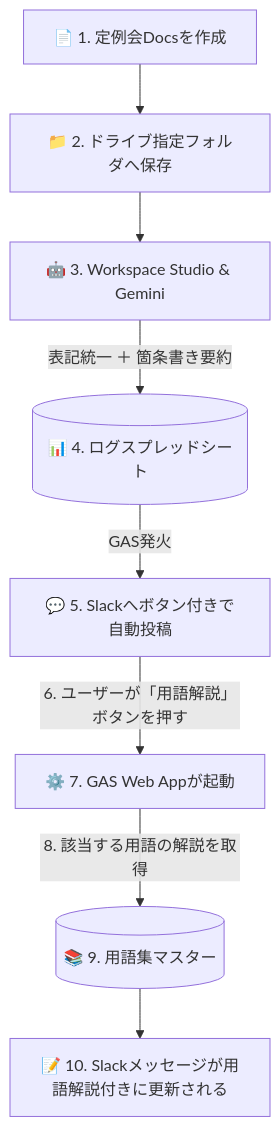
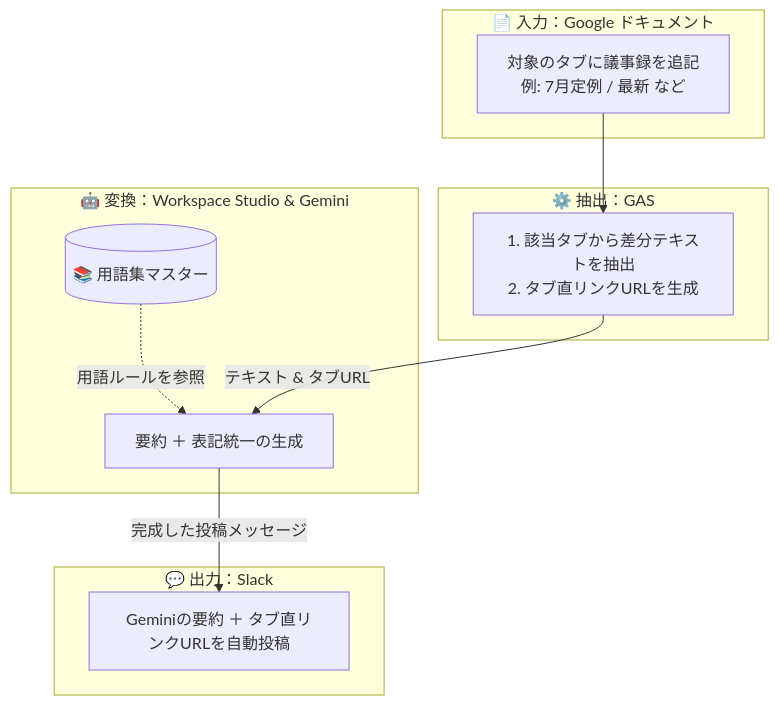
One commit to KoheiOshioBNPL/memo changed the diagram in README.md. Above: the diagram before and after it, drawn with Mermaid.

Commit message:
README.md

````diff
--- a/README.md
+++ b/README.md
@@ -1,13 +1,29 @@
 ```mermaid
 flowchart TD
-    %% --- 前半：自動でSlackに届くまで ---
-    A[📄 1. 定例会Docsを作成] --> B[📁 2. ドライブ指定フォルダへ保存]
-    B --> C[🤖 3. Workspace Studio & Gemini]
-    C -->|表記統一 ＋ 箇条書き要約| D[(📊 4. ログスプレッドシート)]
-    D -->|GAS発火| E[💬 5. Slackへボタン付きで自動投稿]
+    %% 1. 入力層
+    subgraph Layer1 [📄 入力：Google ドキュメント]
+        A[対象のタブに議事録を追記<br>例: 7月定例 / 最新 など]
+    end
 
-    %% --- 後半：ボタンを押した時 ---
-    E -->|6. ユーザーが「用語解説」ボタンを押す| F[⚙️ 7. GAS Web Appが起動]
-    F -->|8. 該当する用語の解説を取得| G[(📚 9. 用語集マスター)]
-    G --> H[📝 10. Slackメッセージが用語解説付きに更新される]
+    %% 2. 抽出処理層
+    subgraph Layer2 [⚙️ 抽出：GAS]
+        B[1. 該当タブから差分テキストを抽出<br>2. タブ直リンクURLを生成]
+    end
+
+    %% 3. AI要約層
+    subgraph Layer3 [🤖 変換：Workspace Studio & Gemini]
+        C[要約 ＋ 表記統一の生成]
+        D[(📚 用語集マスター)]
+        D -.->|用語ルールを参照| C
+    end
+
+    %% 4. 出力層
+    subgraph Layer4 [💬 出力：Slack]
+        E[Geminiの要約 ＋ タブ直リンクURLを自動投稿]
+    end
+
+    %% データフロー（上から下へのスムーズな流れ）
+    A --> B
+    B -->|テキスト & タブURL| C
+    C -->|完成した投稿メッセージ| E
 ```
````
